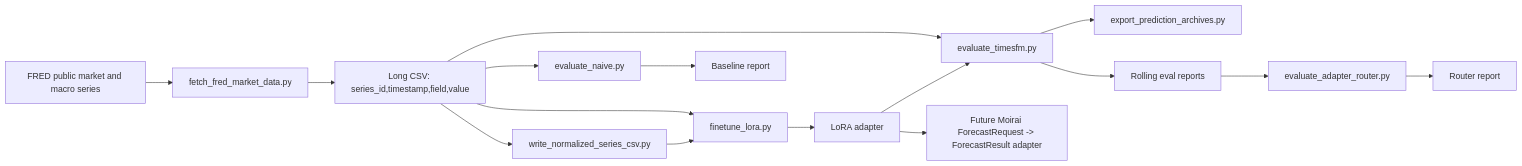
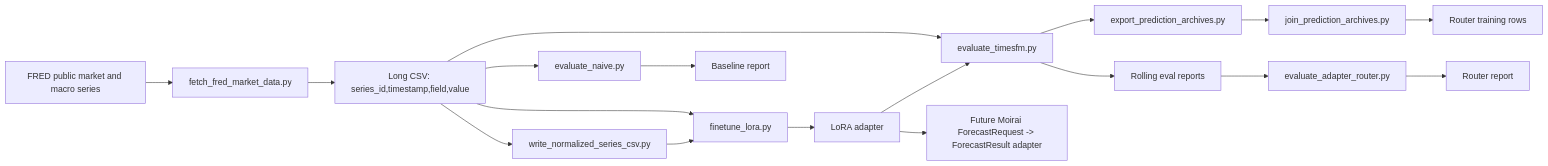
Before and after one commit to Arch1eSUN/Time0: the diagram in experiments/timesfm-lora/README.md, drawn with Mermaid. The commit also changed other lines of this file and 6 other files, not shown here.

Commit message:
Build router training rows

````diff
--- a/experiments/timesfm-lora/README.md
+++ b/experiments/timesfm-lora/README.md
@@ -24,18 +24,20 @@
 ```mermaid
 flowchart LR
   A["FRED public market and macro series"] --> B["fetch_fred_market_data.py"]
   B --> C["Long CSV: series_id,timestamp,field,value"]
   C --> D["evaluate_naive.py"]
   C --> E["write_normalized_series_csv.py"]
   C --> F["finetune_lora.py"]
   C --> L["evaluate_timesfm.py"]
   L --> O["export_prediction_archives.py"]
+  O --> P["join_prediction_archives.py"]
   E --> F
   F --> G["LoRA adapter"]
   G --> L
   D --> H["Baseline report"]
   L --> M["Rolling eval reports"]
   M --> J["evaluate_adapter_router.py"]
   J --> K["Router report"]
+  P --> Q["Router training rows"]
   G --> N["Future Moirai ForecastRequest -> ForecastResult adapter"]
 ```
````
